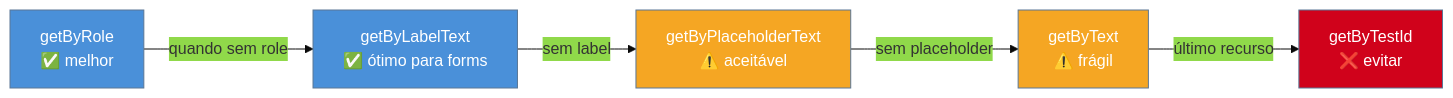
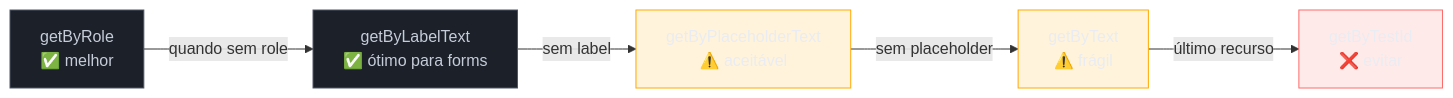
The second of 3 diagrams in 03-Dominios/Tecnologia/React/React core/25 - Testing React.md (josenaldo/codex-technomanticus), drawn with Mermaid before and after one commit. The commit also changed other lines of this file and 1181 other files, not shown here.

First line of the commit message:
fix(diagramas): paleta do sistema no lugar de cor cravada no markdown

````diff
--- a/03-Dominios/Tecnologia/React/React core/25 - Testing React.md
+++ b/03-Dominios/Tecnologia/React/React core/25 - Testing React.md
@@ -153,14 +155,16 @@
 ```mermaid
-%%{init: {"theme": "base", "themeVariables": {"primaryColor": "#4A90D9"}}}%%
 graph LR
+    classDef neutro fill:#1B2029,stroke:#4E5666,color:#C6CCD8
+    classDef destaque fill:#FFAA0024,stroke:#FFAA00,color:#E9ECF2
+    classDef falha fill:#FF6B6B24,stroke:#FF6B6B,color:#E9ECF2
     A["getByRole\n✅ melhor"] -->|"quando sem role"| B["getByLabelText\n✅ ótimo para forms"]
     B -->|"sem label"| C["getByPlaceholderText\n⚠️ aceitável"]
     C -->|"sem placeholder"| D["getByText\n⚠️ frágil"]
     D -->|"último recurso"| E["getByTestId\n❌ evitar"]
 
-    style A fill:#4A90D9,color:#fff
-    style B fill:#4A90D9,color:#fff
-    style C fill:#F5A623,color:#fff
-    style D fill:#F5A623,color:#fff
-    style E fill:#D0021B,color:#fff
+    class A neutro
+    class B neutro
+    class C destaque
+    class D destaque
+    class E falha
 ```
````
